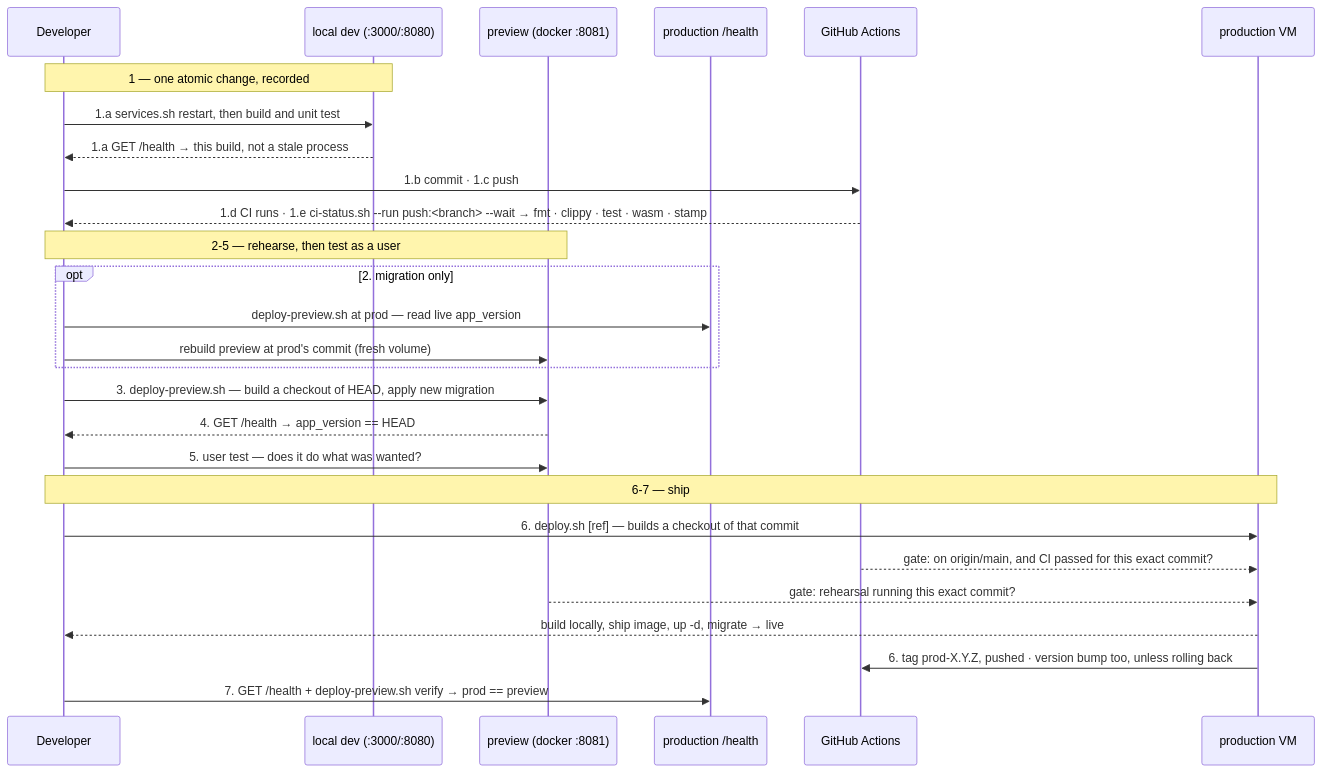
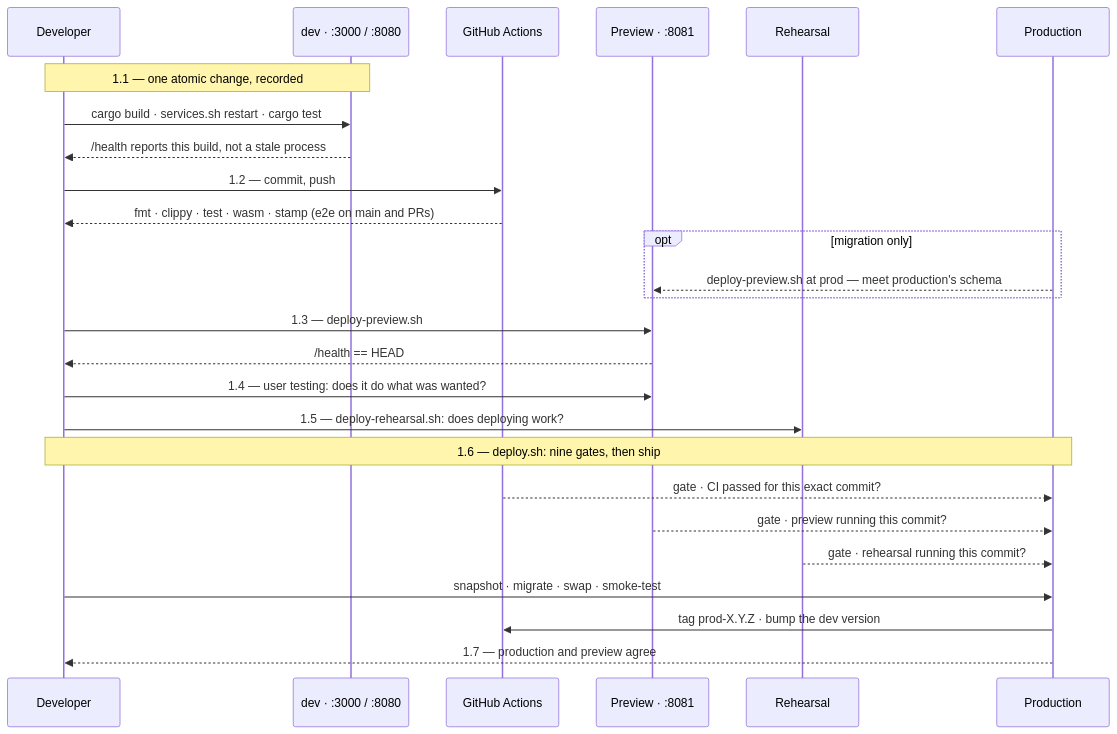
The first of 2 diagrams in docs/3.3-testing-ci-and-release.md (SteveStyle/scrabble-px), drawn with Mermaid before and after one commit. The commit also changed other lines of this file and 2 other files, not shown here.

First line of the commit message:
app 0.6.3 api 2.13: rework part 1 against the review

````diff
--- a/docs/3.3-testing-ci-and-release.md
+++ b/docs/3.3-testing-ci-and-release.md
@@ -58,30 +59,29 @@
 ```mermaid
 sequenceDiagram
     participant Dev as Developer
-    participant Loc as local dev (:3000/:8080)
-    participant Stg as preview (docker :8081)
-    participant Prod as production /health
+    participant Loc as dev · :3000 / :8080
     participant GH as GitHub Actions
-    participant VM as production VM
+    participant Prev as Preview · :8081
+    participant Reh as Rehearsal
+    participant Prod as Production
 
-    Note over Dev,Loc: 1 — one atomic change, recorded
-    Dev->>Loc: 1.a services.sh restart, then build and unit test
-    Loc-->>Dev: 1.a GET /health → this build, not a stale process
-    Dev->>GH: 1.b commit · 1.c push
-    GH-->>Dev: 1.d CI runs · 1.e ci-status.sh --run push:<branch> --wait → fmt · clippy · test · wasm · stamp
-    Note over Dev,Stg: 2-5 — rehearse, then test as a user
-    opt 2. migration only
-        Dev->>Prod: deploy-preview.sh at prod — read live app_version
-        Dev->>Stg: rebuild preview at prod's commit (fresh volume)
+    Note over Dev,Loc: 1.1 — one atomic change, recorded
+    Dev->>Loc: cargo build · services.sh restart · cargo test
+    Loc-->>Dev: /health reports this build, not a stale process
+    Dev->>GH: 1.2 — commit, push
+    GH-->>Dev: fmt · clippy · test · wasm · stamp (e2e on main and PRs)
+    opt migration only
+        Prod-->>Prev: deploy-preview.sh at prod — meet production's schema
     end
-    Dev->>Stg: 3. deploy-preview.sh — build a checkout of HEAD, apply new migration
-    Stg-->>Dev: 4. GET /health → app_version == HEAD
-    Dev->>Stg: 5. user test — does it do what was wanted?
-    Note over Dev,VM: 6-7 — ship
-    Dev->>VM: 6. deploy.sh [ref] — builds a checkout of that commit
-    GH-->>VM: gate: on origin/main, and CI passed for this exact commit?
-    Stg-->>VM: gate: rehearsal running this exact commit?
-    VM-->>Dev: build locally, ship image, up -d, migrate → live
-    VM->>GH: 6. tag prod-X.Y.Z, pushed · version bump too, unless rolling back
-    Dev->>Prod: 7. GET /health + deploy-preview.sh verify → prod == preview
+    Dev->>Prev: 1.3 — deploy-preview.sh
+    Prev-->>Dev: /health == HEAD
+    Dev->>Prev: 1.4 — user testing: does it do what was wanted?
+    Dev->>Reh: 1.5 — deploy-rehearsal.sh: does deploying work?
+    Note over Dev,Prod: 1.6 — deploy.sh: nine gates, then ship
+    GH-->>Prod: gate · CI passed for this exact commit?
+    Prev-->>Prod: gate · preview running this commit?
+    Reh-->>Prod: gate · rehearsal running this commit?
+    Dev->>Prod: snapshot · migrate · swap · smoke-test
+    Prod->>GH: tag prod-X.Y.Z · bump the dev version
+    Prod-->>Dev: 1.7 — production and preview agree
 ```
````
